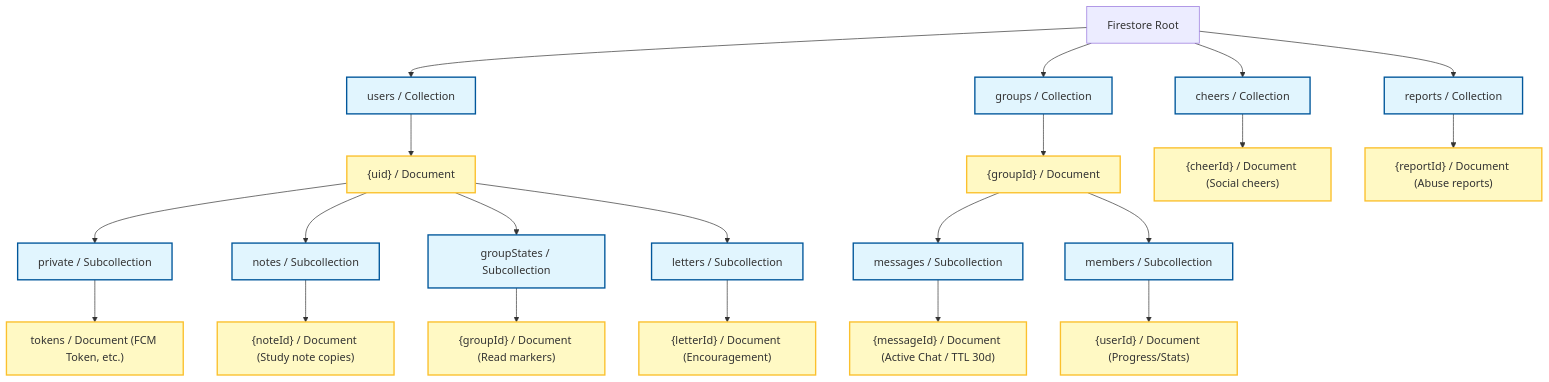
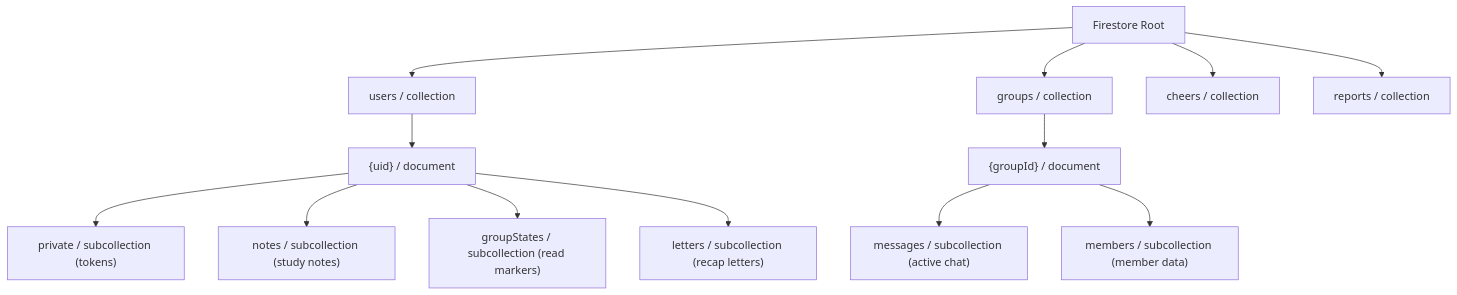
One commit to ScriptureHabit/scripture-habit changed the second of 2 diagrams in docs/database-security.md. Above: the diagram before and after it, drawn with Mermaid. The commit also changed other lines of this file and 15 other files, not shown here.

Commit message:
docs: refine and simplify all Architecture Overview documentation in Japanese and English

````diff
--- a/docs/database-security.md
+++ b/docs/database-security.md
@@ -80,35 +29,20 @@
 ```mermaid
 graph TD
-    Root[Firestore Root]
-    
-    %% Users Root Collection
-    Root --> Users[users / Collection]
-    Users --> UserDoc["{uid} / Document"]
-    UserDoc --> UserPrivate[private / Subcollection]
-    UserPrivate --> TokenDoc["tokens / Document (FCM Token, etc.)"]
-    UserDoc --> UserNotes[notes / Subcollection]
-    UserNotes --> NoteDoc["{noteId} / Document (Study note copies)"]
-    UserDoc --> GroupStates[groupStates / Subcollection]
-    GroupStates --> GStateDoc["{groupId} / Document (Read markers)"]
-    UserDoc --> Letters[letters / Subcollection]
-    Letters --> LetterDoc["{letterId} / Document (Encouragement)"]
-    
-    %% Groups Root Collection
-    Root --> Groups[groups / Collection]
-    Groups --> GroupDoc["{groupId} / Document"]
-    GroupDoc --> Messages[messages / Subcollection]
-    Messages --> MsgDoc["{messageId} / Document (Active Chat / TTL 30d)"]
-    GroupDoc --> Members[members / Subcollection]
-    Members --> MemberDoc["{userId} / Document (Progress/Stats)"]
-    
-    %% Cheers and Reports Root Collections
-    Root --> Cheers[cheers / Collection]
-    Cheers --> CheerDoc["{cheerId} / Document (Social cheers)"]
-    Root --> Reports[reports / Collection]
-    Reports --> ReportDoc["{reportId} / Document (Abuse reports)"]
-    
-    classDef col fill:#e1f5fe,stroke:#01579b,stroke-width:2px;
-    classDef doc fill:#fff9c4,stroke:#fbc02d,stroke-width:2px;
-    class Users,Groups,Cheers,Reports,UserPrivate,UserNotes,GroupStates,Letters,Messages,Members col;
-    class UserDoc,TokenDoc,NoteDoc,GStateDoc,LetterDoc,GroupDoc,MsgDoc,MemberDoc,CheerDoc,ReportDoc doc;
+    Root["Firestore Root"]
+
+    Root --> Users["users / collection"]
+    Root --> Groups["groups / collection"]
+    Root --> Cheers["cheers / collection"]
+    Root --> Reports["reports / collection"]
+
+    Users --> UserDoc["{uid} / document"]
+    Groups --> GroupDoc["{groupId} / document"]
+
+    UserDoc --> Private["private / subcollection (tokens)"]
+    UserDoc --> Notes["notes / subcollection (study notes)"]
+    UserDoc --> GroupStates["groupStates / subcollection (read markers)"]
+    UserDoc --> Letters["letters / subcollection (recap letters)"]
+
+    GroupDoc --> Messages["messages / subcollection (active chat)"]
+    GroupDoc --> Members["members / subcollection (member data)"]
 ```
````
